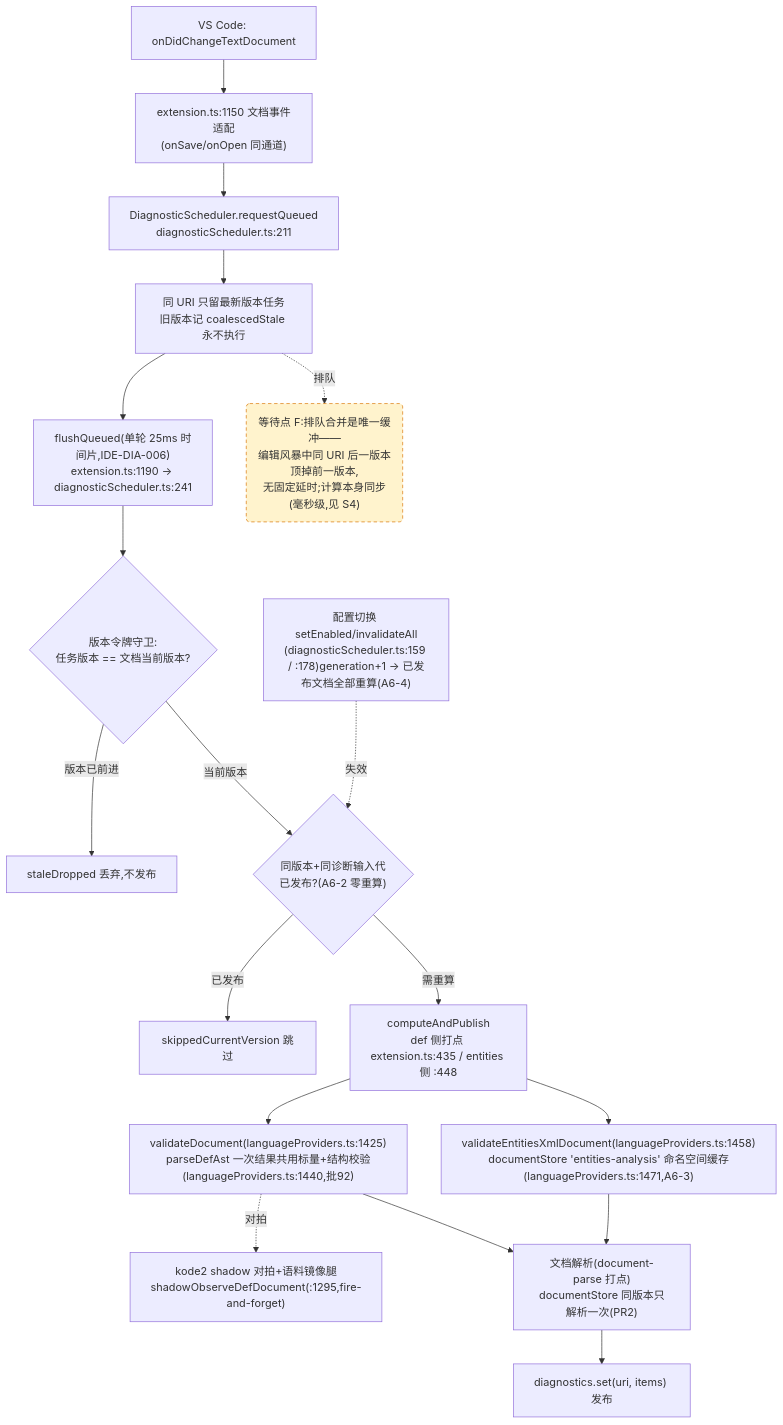
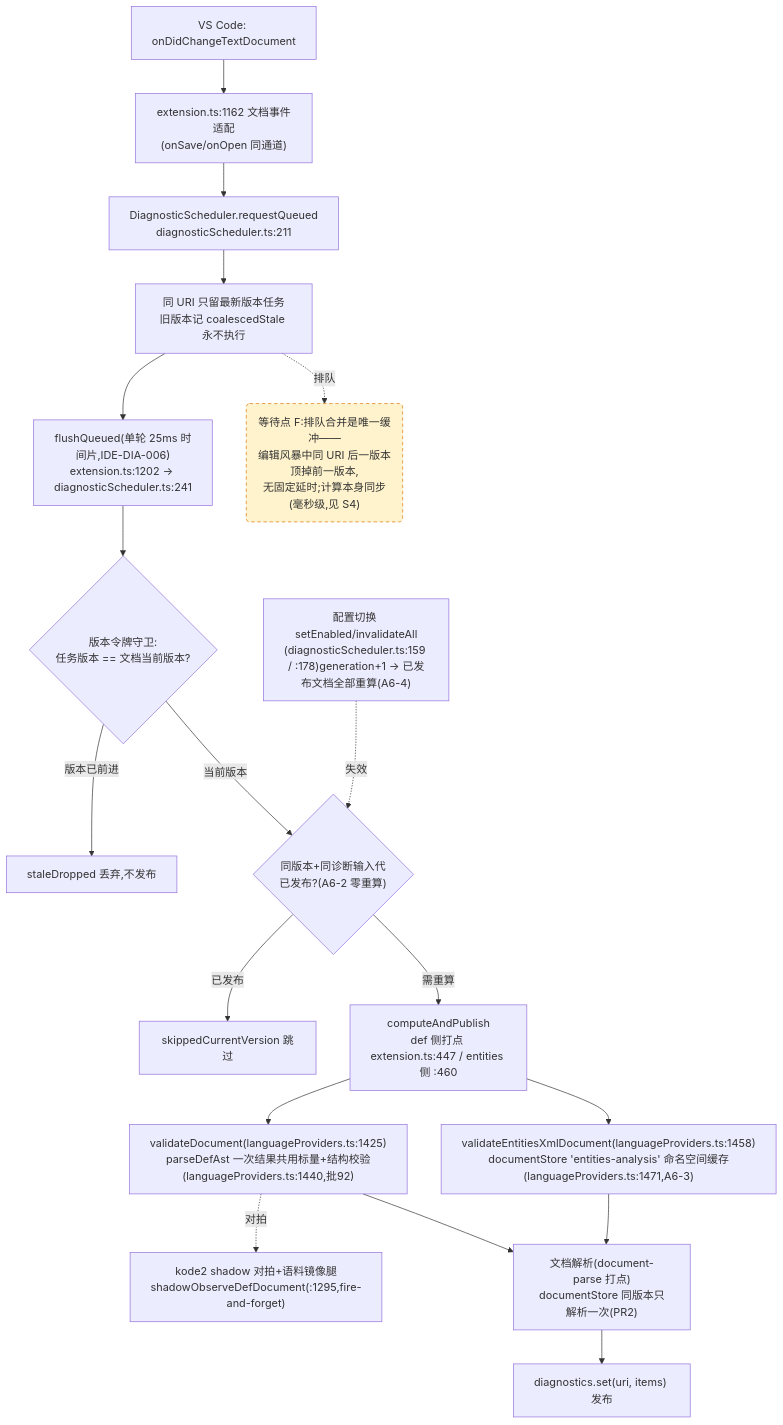
One commit to cuihairu/kode changed the fourth of 4 diagrams in docs/perf/2026-baseline.md. Above: the diagram before and after it, drawn with Mermaid. The commit also changed other lines of this file and 12 other files, not shown here.

````diff
--- a/docs/perf/2026-baseline.md
+++ b/docs/perf/2026-baseline.md
@@ -214,38 +214,38 @@
 ```mermaid
 flowchart TD
   CHG["VS Code: onDidChangeTextDocument"]
-  WATCH["extension.ts:1150 文档事件适配<br/>(onSave/onOpen 同通道)"]
+  WATCH["extension.ts:1162 文档事件适配<br/>(onSave/onOpen 同通道)"]
   RQ["DiagnosticScheduler.requestQueued<br/>diagnosticScheduler.ts:211"]
   CO["同 URI 只留最新版本任务<br/>旧版本记 coalescedStale 永不执行"]
-  FL["flushQueued(单轮 25ms 时间片,IDE-DIA-006)<br/>extension.ts:1190 → diagnosticScheduler.ts:241"]
+  FL["flushQueued(单轮 25ms 时间片,IDE-DIA-006)<br/>extension.ts:1202 → diagnosticScheduler.ts:241"]
   VG{"版本令牌守卫:<br/>任务版本 == 文档当前版本?"}
   DROP["staleDropped 丢弃,不发布"]
   GEN{"同版本+同诊断输入代<br/>已发布?(A6-2 零重算)"}
   SKIP["skippedCurrentVersion 跳过"]
-  CALC["computeAndPublish<br/>def 侧打点 extension.ts:435 / entities 侧 :448"]
+  CALC["computeAndPublish<br/>def 侧打点 extension.ts:447 / entities 侧 :460"]
   VD["validateDocument(languageProviders.ts:1425)<br/>parseDefAst 一次结果共用标量+结构校验(languageProviders.ts:1440,批92)"]
   VEX["validateEntitiesXmlDocument(languageProviders.ts:1458)<br/>documentStore 'entities-analysis' 命名空间缓存(languageProviders.ts:1471,A6-3)"]
   SHDD["kode2 shadow 对拍+语料镜像腿<br/>shadowObserveDefDocument(:1295,fire-and-forget)"]
   DS["文档解析(document-parse 打点)<br/>documentStore 同版本只解析一次(PR2)"]
   PUB["diagnostics.set(uri, items) 发布"]
   CFG2["配置切换 setEnabled/invalidateAll<br/>(diagnosticScheduler.ts:159 / :178)generation+1 → 已发布文档全部重算(A6-4)"]
 
   CHG --> WATCH --> RQ --> CO --> FL --> VG
   VG -- "版本已前进" --> DROP
   VG -- "当前版本" --> GEN
   GEN -- "已发布" --> SKIP
   GEN -- "需重算" --> CALC
   CALC --> VD
   CALC --> VEX
   VD --> DS
   VEX --> DS
   DS --> PUB
   VD -.->|对拍| SHDD
   CFG2 -.->|失效| GEN
 
   WAITF("等待点 F:排队合并是唯一缓冲——<br/>编辑风暴中同 URI 后一版本顶掉前一版本,<br/>无固定延时;计算本身同步(毫秒级,见 S4)")
   CO -.->|排队| WAITF
 
   classDef waitPoint fill:#fff3cd,stroke:#d97706,stroke-dasharray:5 4;
   class WAITF waitPoint;
 ```
````
